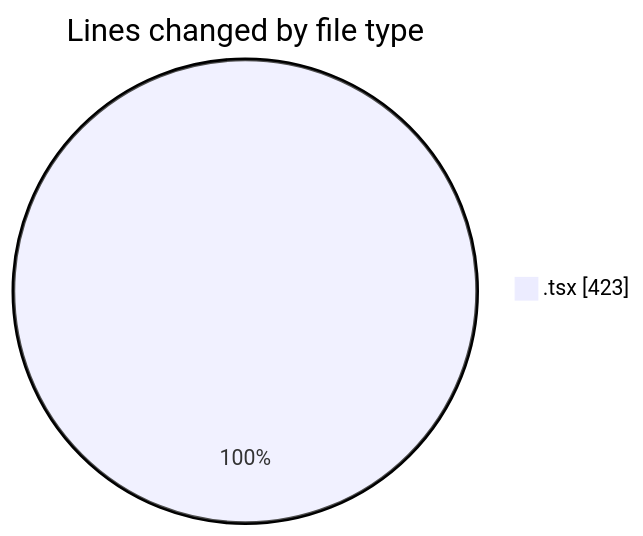
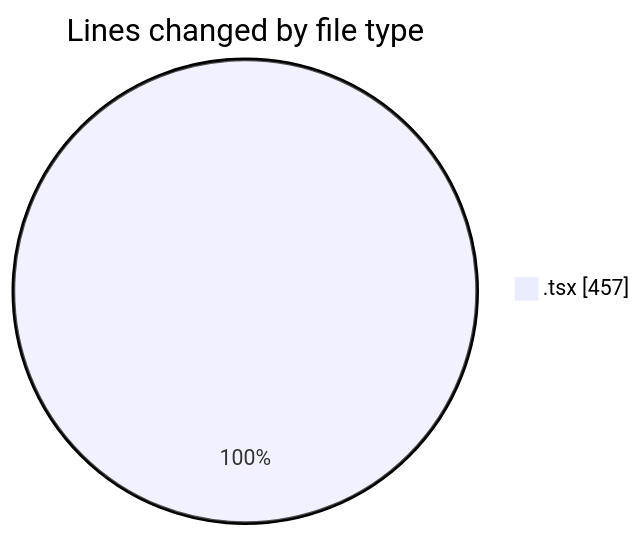
Before and after one commit to nxtqubesakshisongat/code-tracking: the first of 2 diagrams in 2026-07-12/nxtqube_webapp/README.md, drawn with Mermaid. The commit also changed other lines of this file and 1 other file, not shown here.

````diff
--- a/2026-07-12/nxtqube_webapp/README.md
+++ b/2026-07-12/nxtqube_webapp/README.md
@@ -21,5 +22,5 @@
 ```mermaid
 pie showData
 title Lines changed by file type
-".tsx" : 423
+".tsx" : 457
 ```
````
